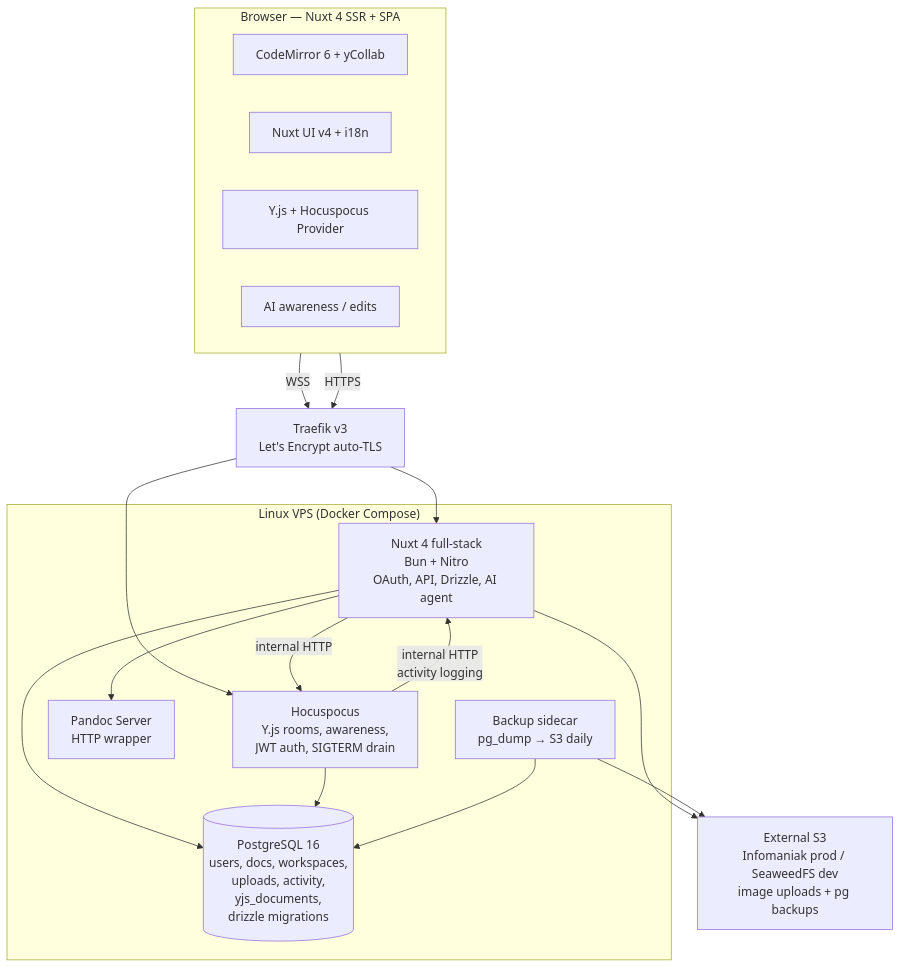
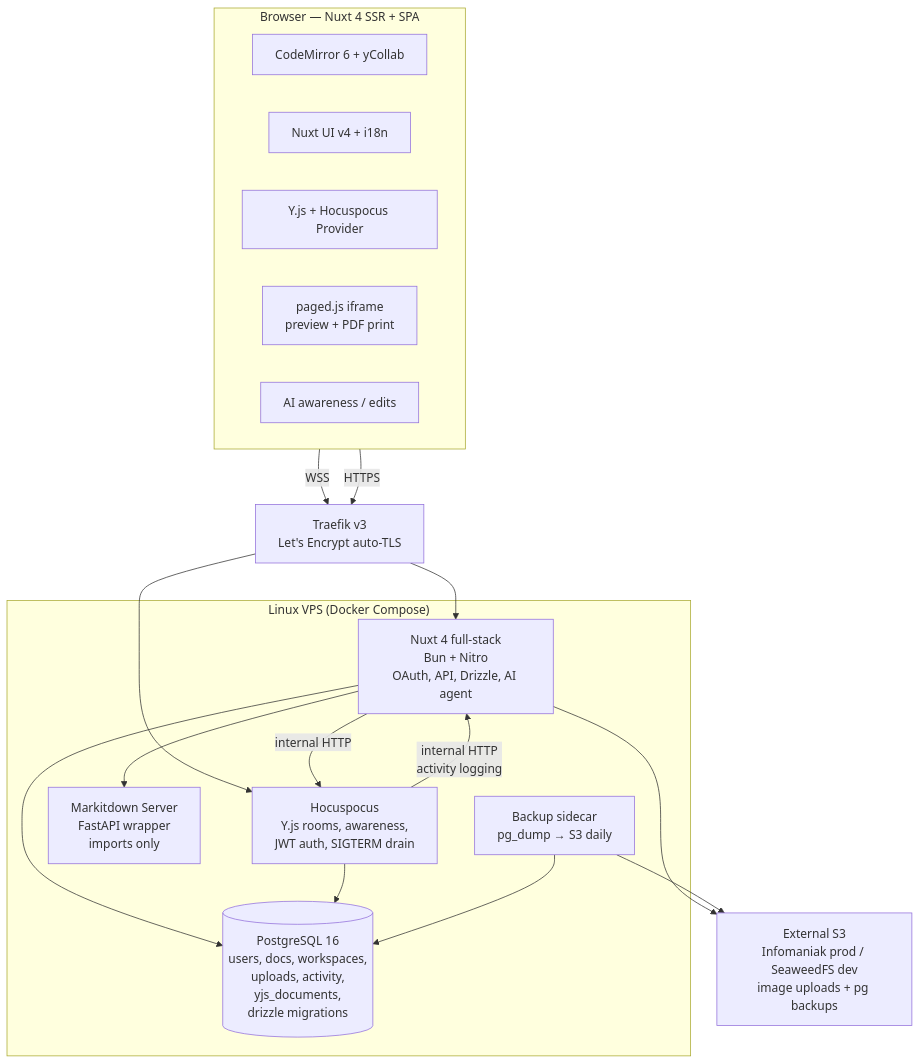
The first of 2 diagrams in AGENTS.md (markoto-app/markoto), drawn with Mermaid before and after one commit. The commit also changed other lines of this file and 26 other files, not shown here.

First line of the commit message:
Replace Pandoc HTTP wrapper with FastAPI-powered Markitdown service.

````diff
--- a/AGENTS.md
+++ b/AGENTS.md
@@ -11,33 +11,34 @@
 ```mermaid
 flowchart TB
     subgraph Browser["Browser — Nuxt 4 SSR + SPA"]
         CM[CodeMirror 6 + yCollab]
         UI[Nuxt UI v4 + i18n]
         YP[Y.js + Hocuspocus Provider]
+        Paged[paged.js iframe<br/>preview + PDF print]
         AIC[AI awareness / edits]
     end
 
     Browser -->|WSS| Traefik
     Browser -->|HTTPS| Traefik
 
     Traefik[Traefik v3<br/>Let's Encrypt auto-TLS] --> App
     Traefik --> Sync
 
     subgraph VPS["Linux VPS (Docker Compose)"]
         App[Nuxt 4 full-stack<br/>Bun + Nitro<br/>OAuth, API, Drizzle, AI agent]
         Sync[Hocuspocus<br/>Y.js rooms, awareness,<br/>JWT auth, SIGTERM drain]
         PG[(PostgreSQL 16<br/>users, docs, workspaces,<br/>uploads, activity,<br/>yjs_documents,<br/>drizzle migrations)]
-        Pandoc[Pandoc Server<br/>HTTP wrapper]
+        Markitdown[Markitdown Server<br/>FastAPI wrapper<br/>imports only]
         Backup[Backup sidecar<br/>pg_dump → S3 daily]
     end
 
     App --> PG
     Sync --> PG
-    App --> Pandoc
+    App --> Markitdown
     Backup --> PG
     App -->|internal HTTP| Sync
     Sync -->|internal HTTP<br/>activity logging| App
 
     App --> S3[External S3<br/>Infomaniak prod / SeaweedFS dev<br/>image uploads + pg backups]
     Backup --> S3
 ```
````
